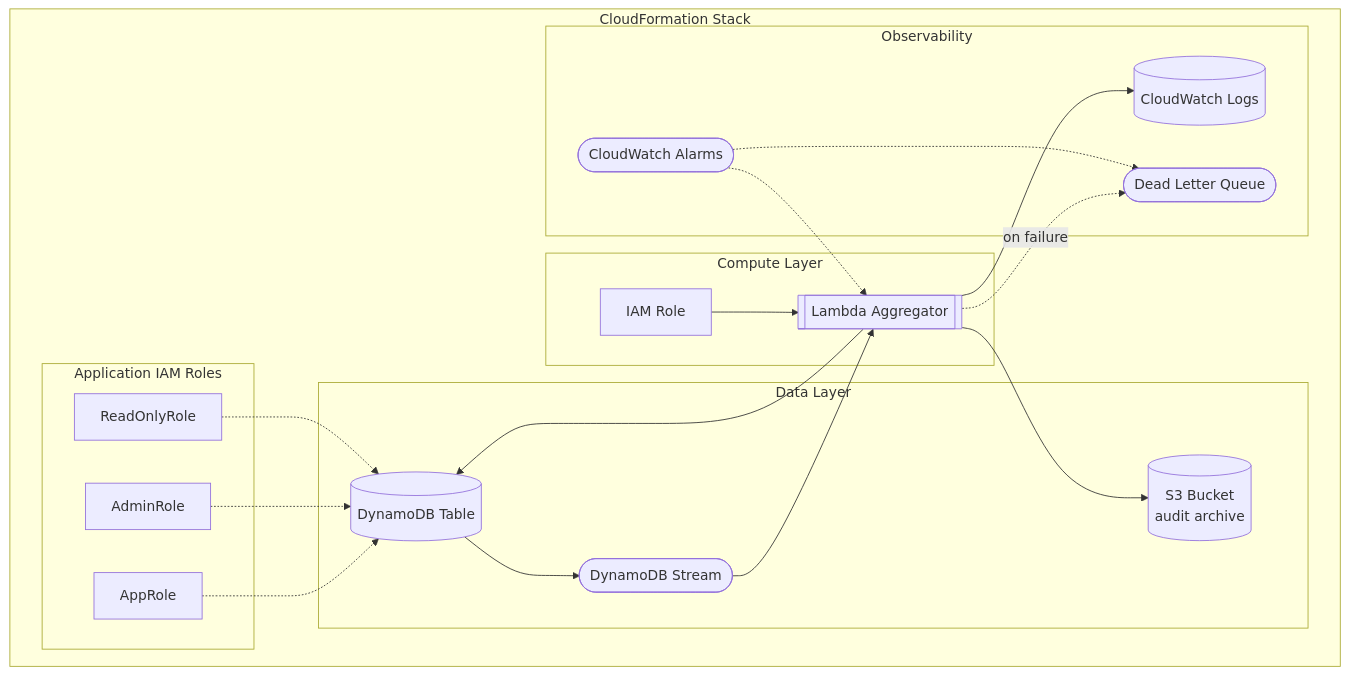
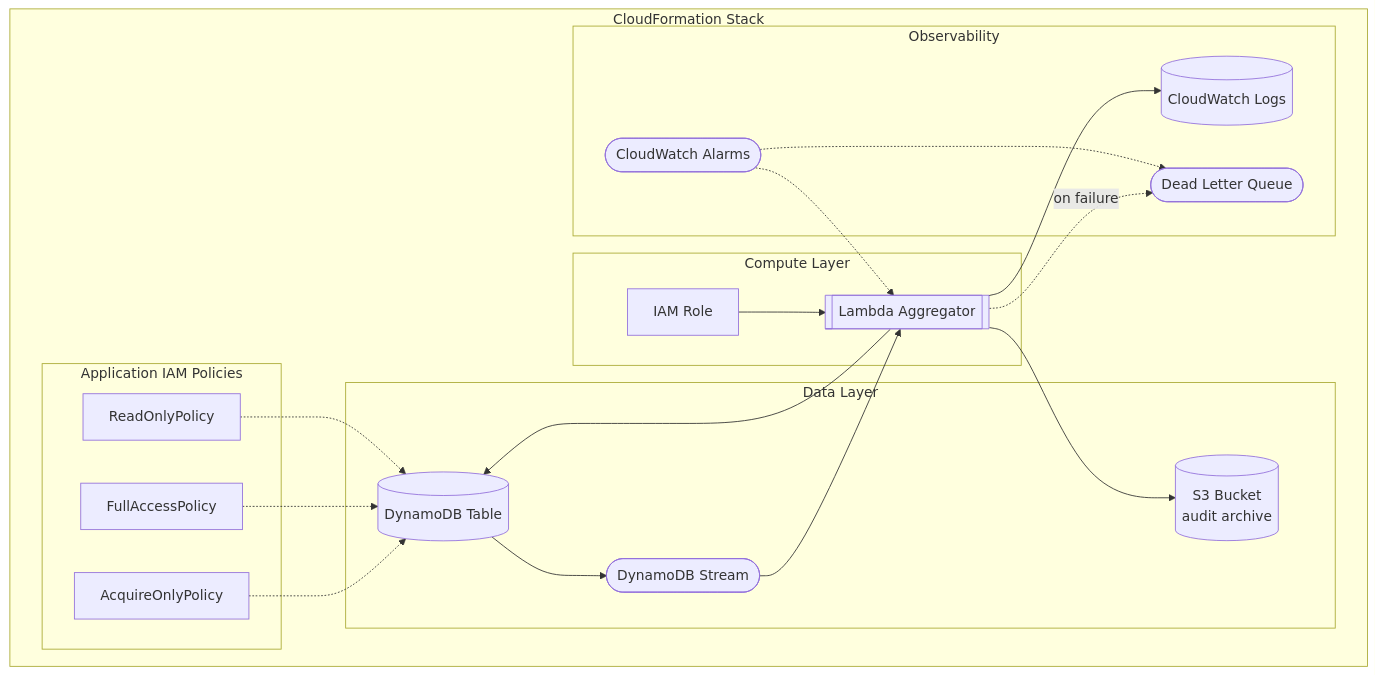
One commit to zeroae/zae-limiter changed the diagram in docs/infra/cloudformation.md. Above: the diagram before and after it, drawn with Mermaid. The commit also changed other lines of this file and 10 other files, not shown here.

First line of the commit message:
🐛 fix(infra): rename IAM policies for clarity and fix permissions

````diff
--- a/docs/infra/cloudformation.md
+++ b/docs/infra/cloudformation.md
@@ -9,52 +9,52 @@
 ```mermaid
 flowchart TB
     subgraph stack[CloudFormation Stack]
         subgraph data[Data Layer]
             table[(DynamoDB Table)]
             stream([DynamoDB Stream])
             s3[(S3 Bucket<br/>audit archive)]
         end
 
         subgraph compute[Compute Layer]
             role[IAM Role]
             lambda[[Lambda Aggregator]]
         end
 
-        subgraph iam[Application IAM Roles]
-            appRole[AppRole]
-            adminRole[AdminRole]
-            readonlyRole[ReadOnlyRole]
+        subgraph iam[Application IAM Policies]
+            acqPolicy[AcquireOnlyPolicy]
+            fullPolicy[FullAccessPolicy]
+            readPolicy[ReadOnlyPolicy]
         end
 
         subgraph observe[Observability]
             logs[(CloudWatch Logs)]
             alarms([CloudWatch Alarms])
             dlq([Dead Letter Queue])
         end
     end
 
     table --> stream
     stream --> lambda
     lambda --> table
     lambda --> s3
     role --> lambda
     lambda --> logs
     lambda -.->|on failure| dlq
     alarms -.-> lambda
     alarms -.-> dlq
 
-    appRole -.-> table
-    adminRole -.-> table
-    readonlyRole -.-> table
+    acqPolicy -.-> table
+    fullPolicy -.-> table
+    readPolicy -.-> table
 
     click table "#dynamodb-table"
     click stream "#stream-configuration"
     click s3 "#s3-audit-archive-bucket"
     click lambda "#lambda-aggregator"
     click role "#iam-permissions"
-    click appRole "#application-iam-roles"
-    click adminRole "#application-iam-roles"
-    click readonlyRole "#application-iam-roles"
+    click acqPolicy "#application-iam-policies"
+    click fullPolicy "#application-iam-policies"
+    click readPolicy "#application-iam-policies"
     click dlq "#add-dead-letter-queue"
     click alarms "#add-cloudwatch-alarms"
 ```
````
